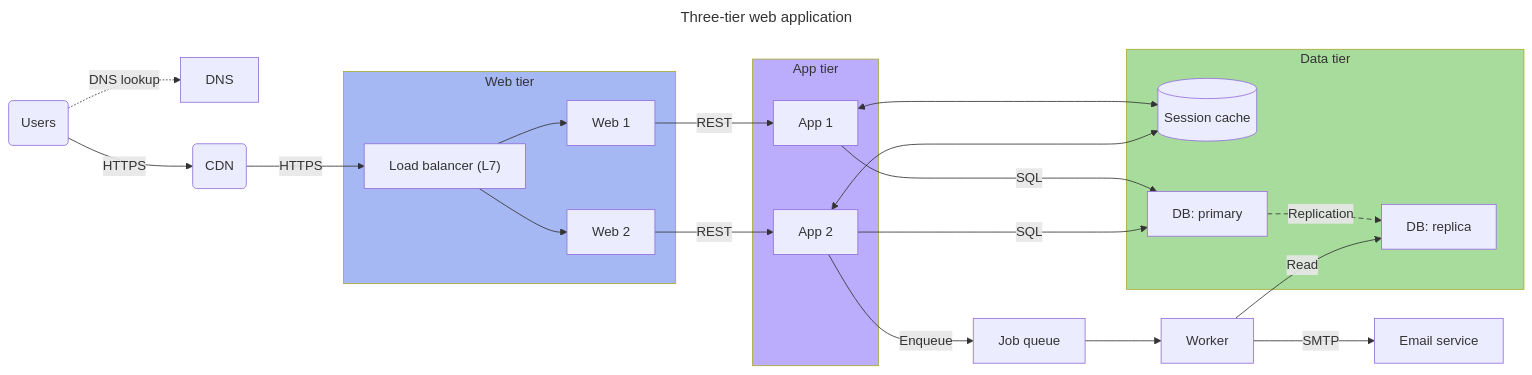
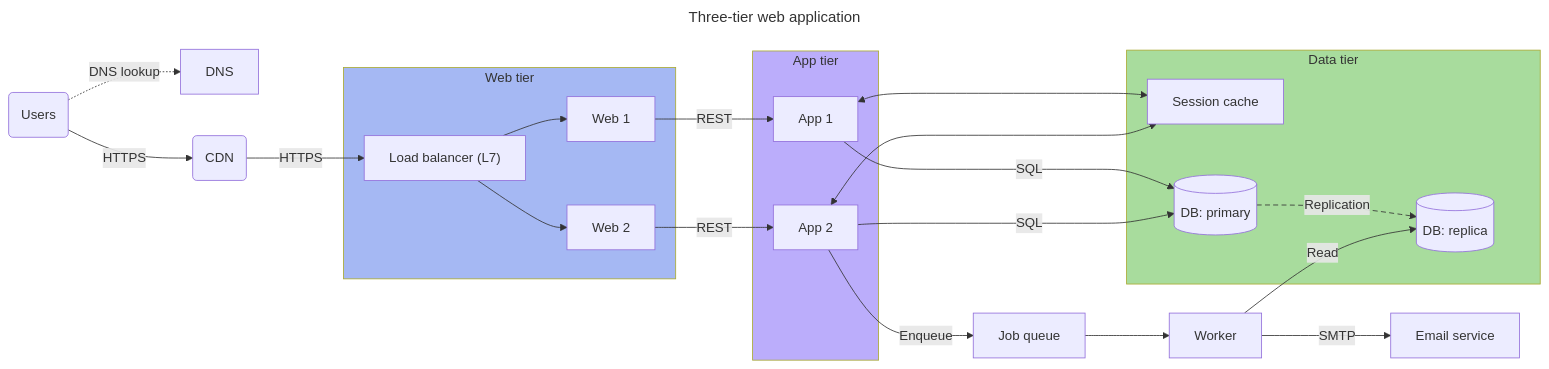
The diagram in src/mermaid/__tests__/golden/samples__three-tier-web.json.mmd (qant-au/reticulyne), drawn with Mermaid before and after one commit. The commit also changed 31 other files, not shown here.

```diff
--- a/src/mermaid/__tests__/golden/samples__three-tier-web.json.mmd
+++ b/src/mermaid/__tests__/golden/samples__three-tier-web.json.mmd
@@ -1,44 +1,44 @@
 ---
 title: "Three-tier web application"
 ---
 flowchart LR
   users("Users")
   dns["DNS"]
   cdn("CDN")
   queue["Job queue"]
   worker["Worker"]
   mail["Email service"]
   subgraph production_zone_1 ["Web tier"]
     lb["Load balancer (L7)"]
     web_1["Web 1"]
     web_2["Web 2"]
   end
   subgraph production_zone_2 ["App tier"]
     app_1["App 1"]
     app_2["App 2"]
   end
   subgraph production_zone_3 ["Data tier"]
-    cache[("Session cache")]
-    db_primary["DB: primary"]
-    db_replica["DB: replica"]
+    cache["Session cache"]
+    db_primary[("DB: primary")]
+    db_replica[("DB: replica")]
   end
   users -.->|"DNS lookup"| dns
   users -->|"HTTPS"| cdn
   cdn -->|"HTTPS"| lb
   lb --> web_1
   lb --> web_2
   web_1 -->|"REST"| app_1
   web_2 -->|"REST"| app_2
   app_1 <--> cache
   app_2 <--> cache
   app_1 -->|"SQL"| db_primary
   app_2 -->|"SQL"| db_primary
   db_primary -.->|"Replication"| db_replica
   app_2 -->|"Enqueue"| queue
   queue --> worker
   worker -->|"Read"| db_replica
   worker -->|"SMTP"| mail
   style production_zone_1 fill:#a5b8f3
   style production_zone_2 fill:#bbadfb
   style production_zone_3 fill:#a8dc9d
   linkStyle 11 stroke-dasharray:6 4
```
